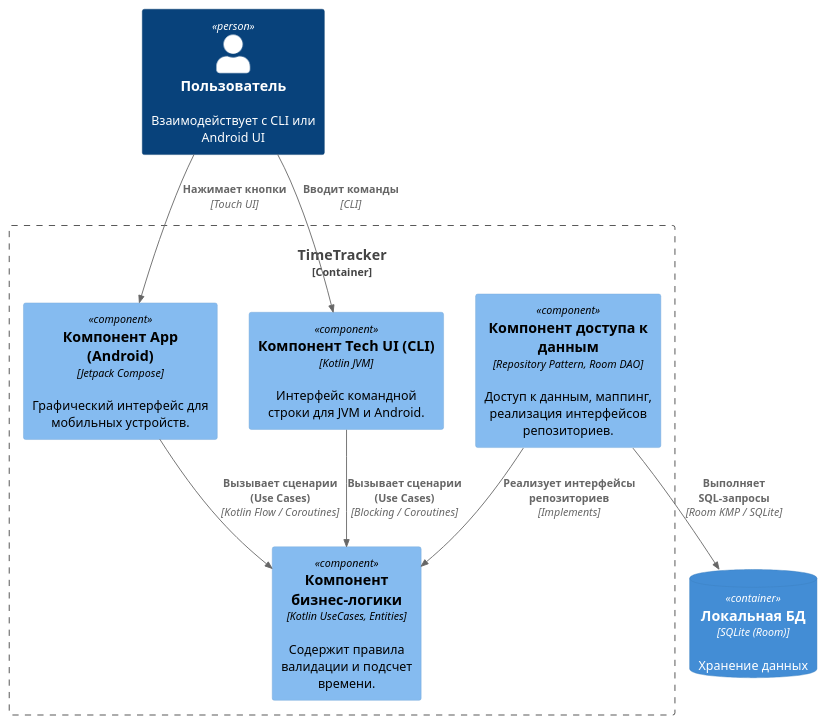
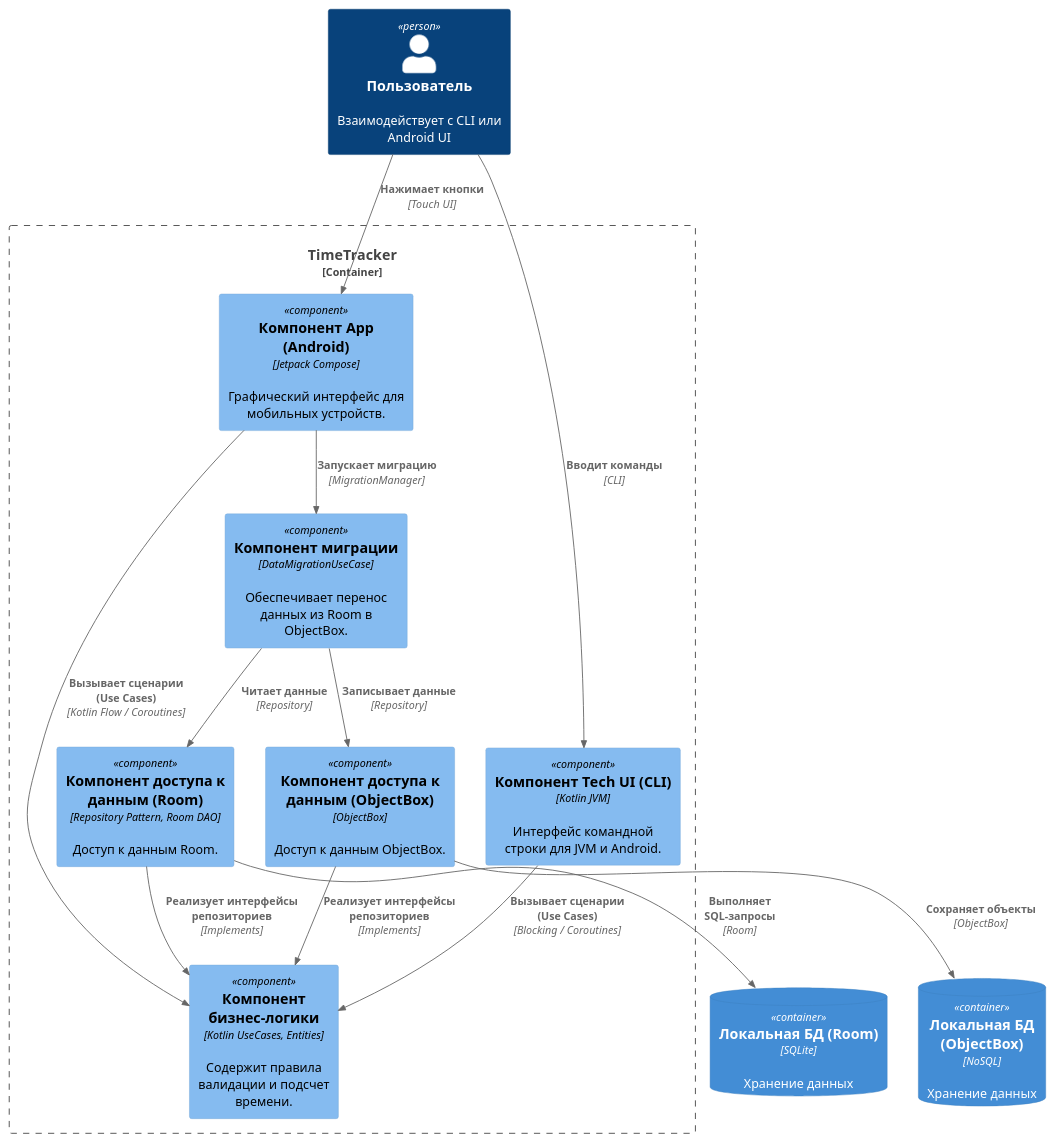
The diagram in docs/L3.puml (da-fuu/IU7_7sem_Web), drawn with PlantUML before and after one commit. The commit also changed 9 other files, not shown here.

```diff
--- a/docs/L3.puml
+++ b/docs/L3.puml
@@ -1,28 +1,40 @@
 @startuml
 !include <c4/C4_Component.puml>
 
 Person(user, "Пользователь", "Взаимодействует с CLI или Android UI")
 
-ContainerDb(local_db, "Локальная БД", "SQLite (Room)", "Хранение данных")
+ContainerDb(room_db, "Локальная БД (Room)", "SQLite", "Хранение данных")
+ContainerDb(objectbox_db, "Локальная БД (ObjectBox)", "NoSQL", "Хранение данных")
 
 Container_Boundary(app_container, "TimeTracker") {
 
     Component(app, "Компонент App (Android)", "Jetpack Compose", "Графический интерфейс для мобильных устройств.")
 
     Component(tech_ui, "Компонент Tech UI (CLI)", "Kotlin JVM", "Интерфейс командной строки для JVM и Android.")
 
     Component(domain, "Компонент бизнес-логики", "Kotlin UseCases, Entities", "Содержит правила валидации и подсчет времени.")
 
-    Component(data, "Компонент доступа к данным", "Repository Pattern, Room DAO", "Доступ к данным, маппинг, реализация интерфейсов репозиториев.")
+    Component(data_room, "Компонент доступа к данным (Room)", "Repository Pattern, Room DAO", "Доступ к данным Room.")
+
+    Component(data_objectbox, "Компонент доступа к данным (ObjectBox)", "ObjectBox", "Доступ к данным ObjectBox.")
+
+    Component(migration, "Компонент миграции", "DataMigrationUseCase", "Обеспечивает перенос данных из Room в ObjectBox.")
 }
 
 Rel(user, app, "Нажимает кнопки", "Touch UI")
 Rel(user, tech_ui, "Вводит команды", "CLI")
 
 Rel(app, domain, "Вызывает сценарии (Use Cases)", "Kotlin Flow / Coroutines")
+Rel(app, migration, "Запускает миграцию", "MigrationManager")
 Rel(tech_ui, domain, "Вызывает сценарии (Use Cases)", "Blocking / Coroutines")
 
-Rel(data, domain, "Реализует интерфейсы репозиториев", "Implements")
-Rel(data, local_db, "Выполняет SQL-запросы", "Room KMP / SQLite")
+Rel(data_room, domain, "Реализует интерфейсы репозиториев", "Implements")
+Rel(data_objectbox, domain, "Реализует интерфейсы репозиториев", "Implements")
+
+Rel(data_room, room_db, "Выполняет SQL-запросы", "Room")
+Rel(data_objectbox, objectbox_db, "Сохраняет объекты", "ObjectBox")
+
+Rel(migration, data_room, "Читает данные", "Repository")
+Rel(migration, data_objectbox, "Записывает данные", "Repository")
 
 @enduml
```
